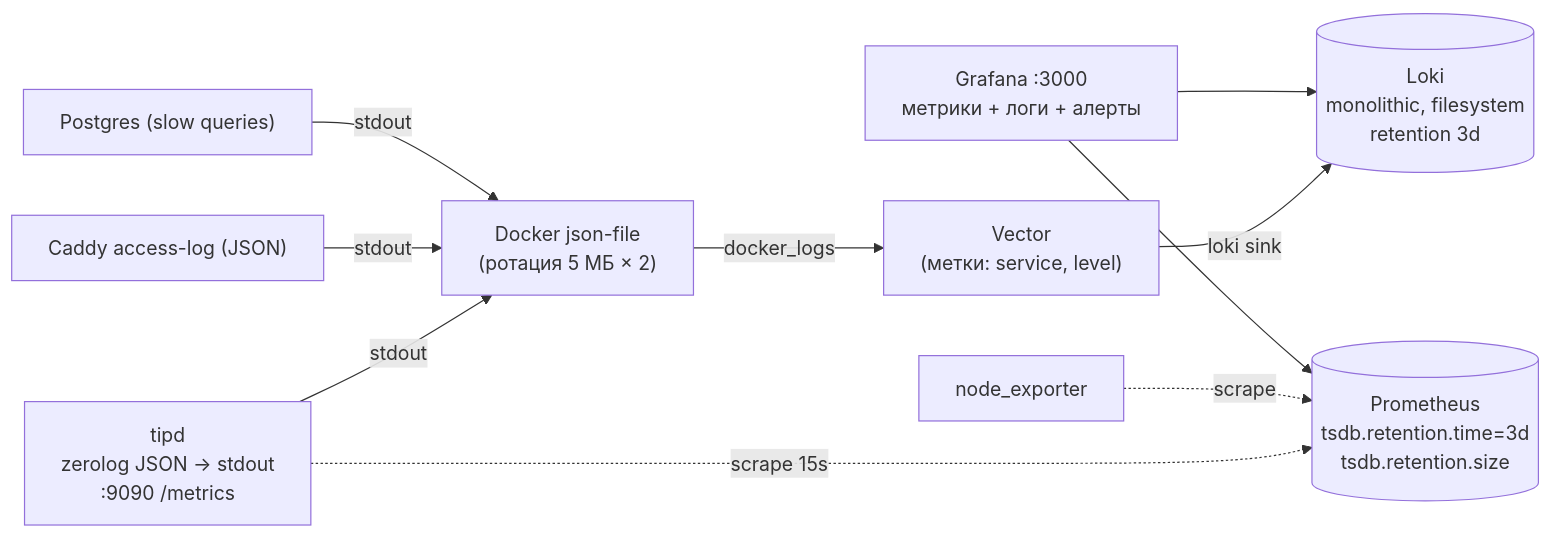
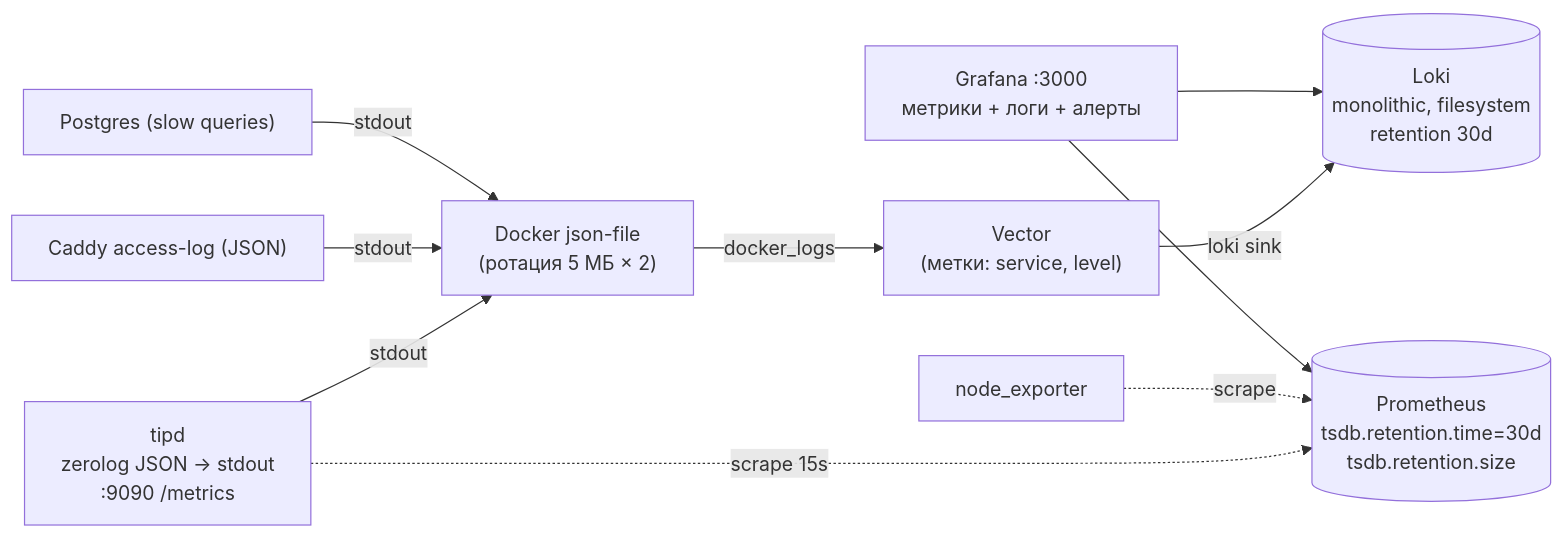
Before and after one commit to pavel-cpp/tip_website: the diagram in docs/05-observability.md, drawn with Mermaid. The commit also changed other lines of this file and 5 other files, not shown here.

````diff
--- a/docs/05-observability.md
+++ b/docs/05-observability.md
@@ -10,12 +10,12 @@
 ```mermaid
 flowchart LR
   tipd["tipd\nzerolog JSON → stdout\n:9090 /metrics"] -->|stdout| docker["Docker json-file\n(ротация 5 МБ × 2)"]
   caddy["Caddy access-log (JSON)"] -->|stdout| docker
   pg["Postgres (slow queries)"] -->|stdout| docker
   docker -->|docker_logs| vec["Vector\n(метки: service, level)"]
-  vec -->|loki sink| LOKI[("Loki\nmonolithic, filesystem\nretention 3d")]
-  tipd -.scrape 15s.-> PROM[("Prometheus\ntsdb.retention.time=3d\ntsdb.retention.size")]
+  vec -->|loki sink| LOKI[("Loki\nmonolithic, filesystem\nretention 30d")]
+  tipd -.scrape 15s.-> PROM[("Prometheus\ntsdb.retention.time=30d\ntsdb.retention.size")]
   ne["node_exporter"] -.scrape.-> PROM
   GRAF["Grafana :3000\nметрики + логи + алерты"] --> PROM
   GRAF --> LOKI
 ```
````
